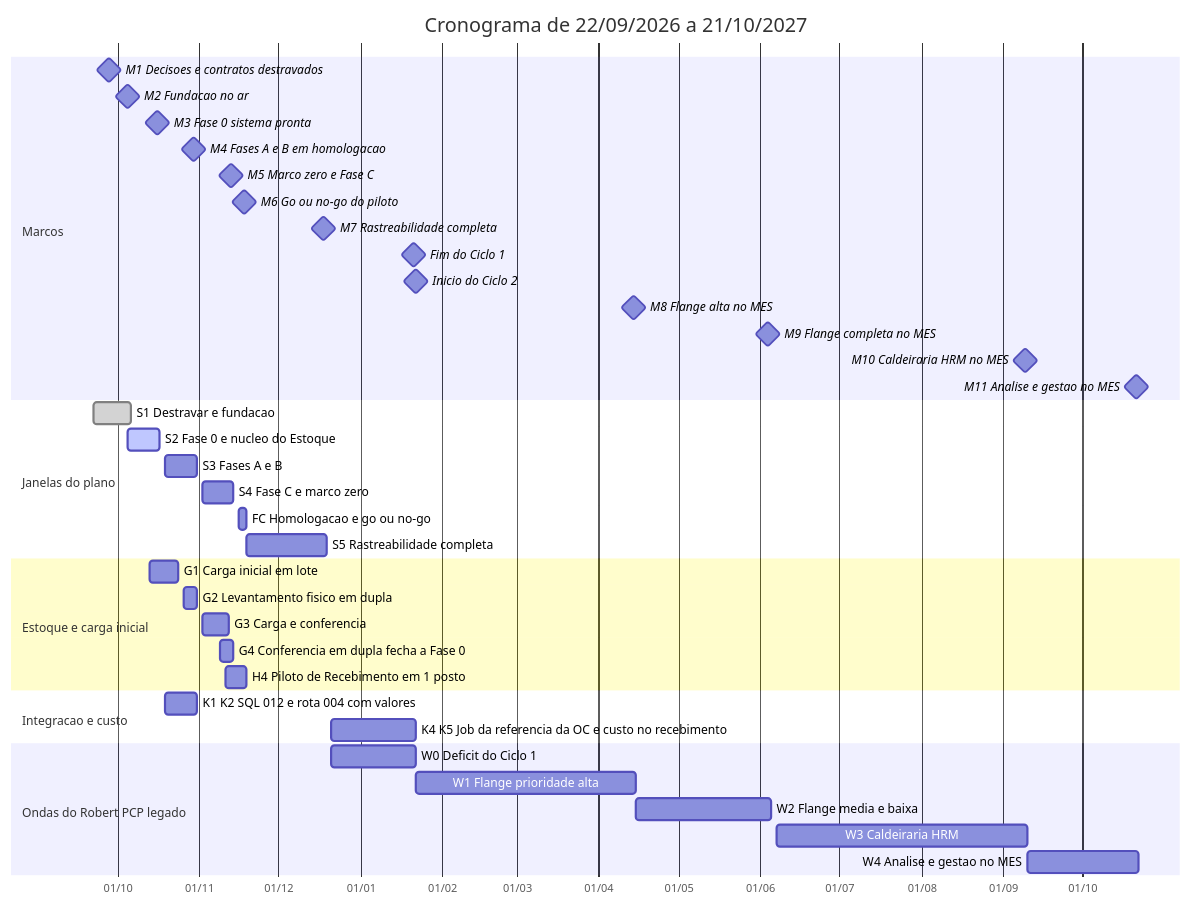
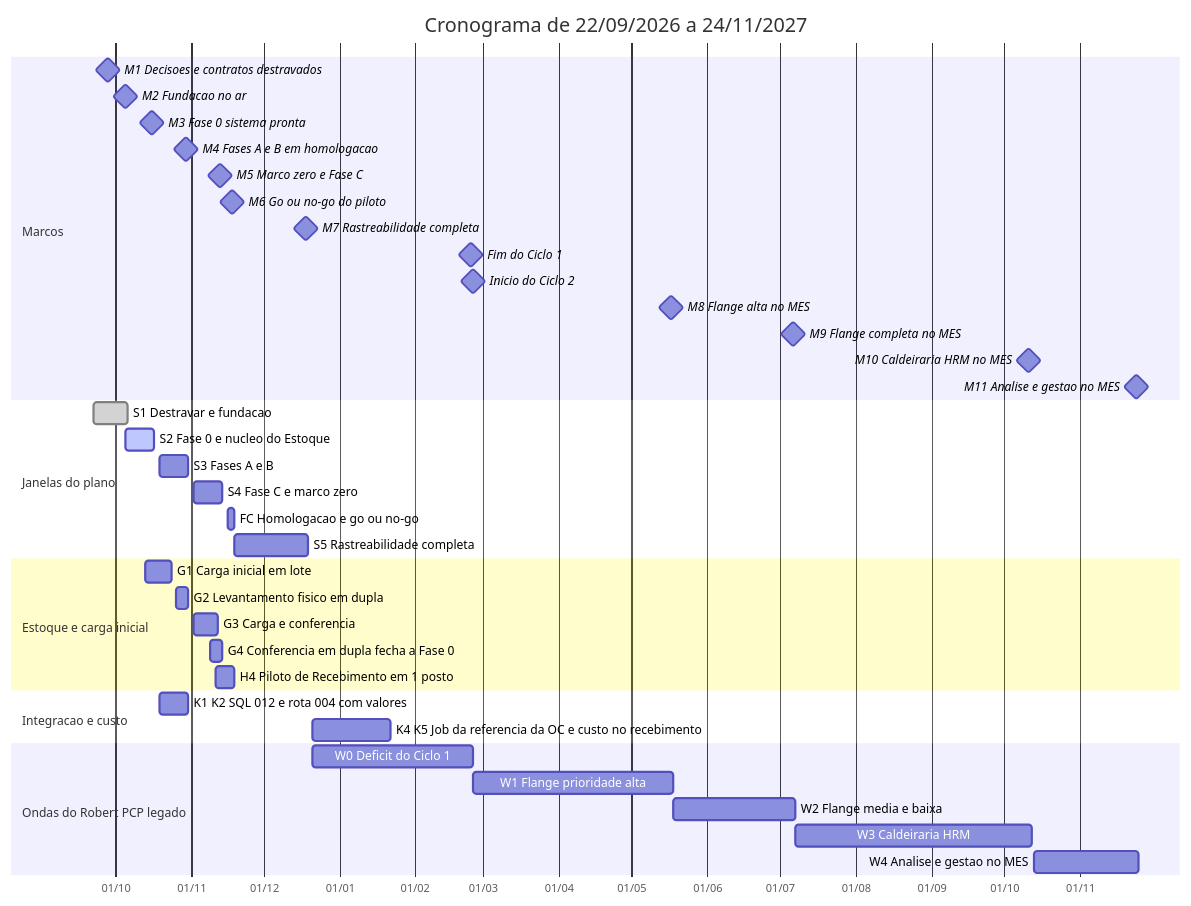
The diagram in 01-Projeto/Cronograma.md (Acosvital/vault-avhub-mer), drawn with Mermaid before and after one commit. The commit also changed other lines of this file and 13 other files, not shown here.

Commit message:
docs(vault): N14-28 a N14-30, contrato API-009, BL-064/065, cronograma deslocado (Ciclo 1 em 24/02/2027) e LOG-50 feito

````diff
--- a/01-Projeto/Cronograma.md
+++ b/01-Projeto/Cronograma.md
@@ -91,43 +91,43 @@
 ```mermaid
 gantt
-    title Cronograma de 22/09/2026 a 21/10/2027
+    title Cronograma de 22/09/2026 a 24/11/2027
     dateFormat YYYY-MM-DD
     axisFormat %d/%m
     inclusiveEndDates
     section Marcos
     M1 Decisoes e contratos destravados :milestone, m1, 2026-09-28, 0d
     M2 Fundacao no ar :milestone, m2, 2026-10-05, 0d
     M3 Fase 0 sistema pronta :milestone, m3, 2026-10-16, 0d
     M4 Fases A e B em homologacao :milestone, m4, 2026-10-30, 0d
     M5 Marco zero e Fase C :milestone, m5, 2026-11-13, 0d
     M6 Go ou no-go do piloto :milestone, m6, 2026-11-18, 0d
     M7 Rastreabilidade completa :milestone, m7, 2026-12-18, 0d
-    Fim do Ciclo 1 :milestone, mc1, 2027-01-21, 0d
-    Inicio do Ciclo 2 :milestone, mc2, 2027-01-22, 0d
-    M8 Flange alta no MES :milestone, m8, 2027-04-14, 0d
-    M9 Flange completa no MES :milestone, m9, 2027-06-04, 0d
-    M10 Caldeiraria HRM no MES :milestone, m10, 2027-09-09, 0d
-    M11 Analise e gestao no MES :milestone, m11, 2027-10-21, 0d
+    Fim do Ciclo 1 :milestone, mc1, 2027-02-24, 0d
+    Inicio do Ciclo 2 :milestone, mc2, 2027-02-25, 0d
+    M8 Flange alta no MES :milestone, m8, 2027-05-17, 0d
+    M9 Flange completa no MES :milestone, m9, 2027-07-06, 0d
+    M10 Caldeiraria HRM no MES :milestone, m10, 2027-10-11, 0d
+    M11 Analise e gestao no MES :milestone, m11, 2027-11-24, 0d
     section Janelas do plano
     S1 Destravar e fundacao :done, s1, 2026-09-22, 2026-10-05
     S2 Fase 0 e nucleo do Estoque :active, s2, 2026-10-05, 2026-10-16
     S3 Fases A e B :s3, 2026-10-19, 2026-10-30
     S4 Fase C e marco zero :s4, 2026-11-02, 2026-11-13
     FC Homologacao e go ou no-go :fc, 2026-11-16, 2026-11-18
     S5 Rastreabilidade completa :s5, 2026-11-19, 2026-12-18
     section Estoque e carga inicial
     G1 Carga inicial em lote :g1, 2026-10-13, 2026-10-23
     G2 Levantamento fisico em dupla :g2, 2026-10-26, 2026-10-30
     G3 Carga e conferencia :g3, 2026-11-02, 2026-11-11
     G4 Conferencia em dupla fecha a Fase 0 :g4, 2026-11-09, 2026-11-13
     H4 Piloto de Recebimento em 1 posto :h4, 2026-11-11, 2026-11-18
     section Integracao e custo
     K1 K2 SQL 012 e rota 004 com valores :k12, 2026-10-19, 2026-10-30
     K4 K5 Job da referencia da OC e custo no recebimento :k45, 2026-12-21, 2027-01-21
     section Ondas do Robert PCP legado
-    W0 Deficit do Ciclo 1 :w0, 2026-12-21, 2027-01-21
-    W1 Flange prioridade alta :w1, 2027-01-22, 2027-04-14
-    W2 Flange media e baixa :w2, 2027-04-15, 2027-06-04
-    W3 Caldeiraria HRM :w3, 2027-06-07, 2027-09-09
-    W4 Analise e gestao no MES :w4, 2027-09-10, 2027-10-21
+    W0 Deficit do Ciclo 1 :w0, 2026-12-21, 2027-02-24
+    W1 Flange prioridade alta :w1, 2027-02-25, 2027-05-17
+    W2 Flange media e baixa :w2, 2027-05-18, 2027-07-06
+    W3 Caldeiraria HRM :w3, 2027-07-07, 2027-10-11
+    W4 Analise e gestao no MES :w4, 2027-10-13, 2027-11-24
 ```
````
